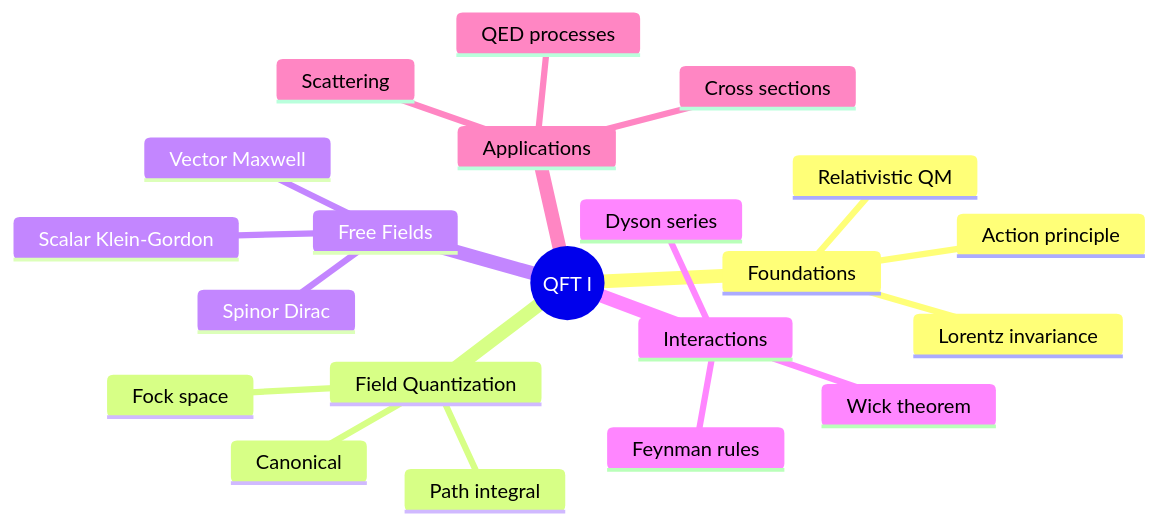
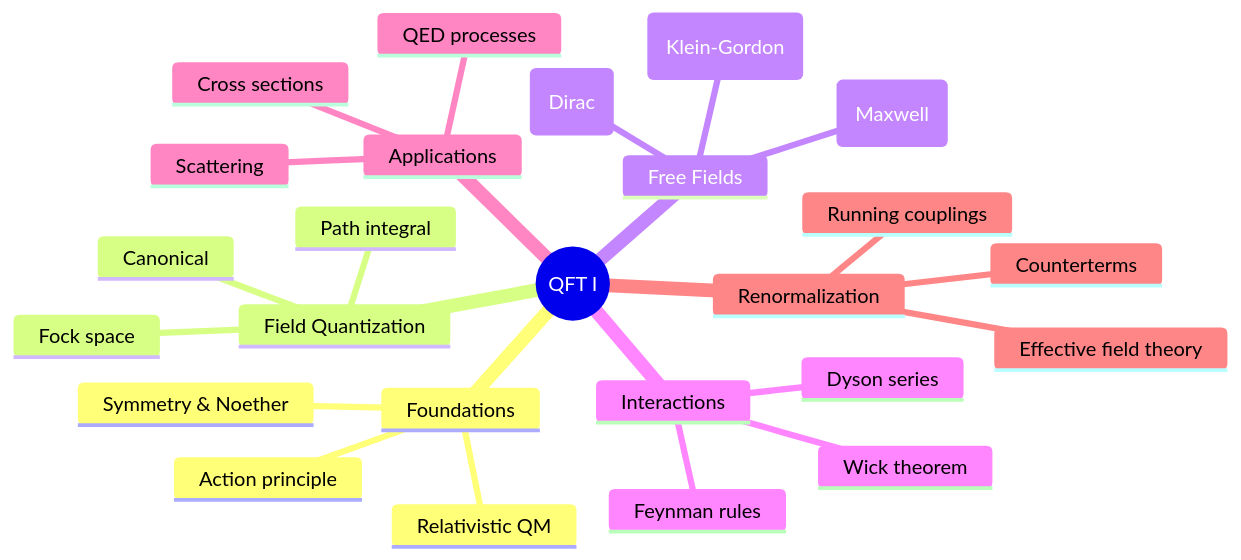
One commit to yip-lgtm/PhysicsSelfStudy changed the first of 5 diagrams in 03_MSc_Physics/electives/MSPY_6110_Quantum_Field_Theory_I/README.md. Above: the diagram before and after it, drawn with Mermaid. The commit also changed other lines of this file and 17 other files, not shown here.

````diff
--- a/03_MSc_Physics/electives/MSPY_6110_Quantum_Field_Theory_I/README.md
+++ b/03_MSc_Physics/electives/MSPY_6110_Quantum_Field_Theory_I/README.md
@@ -226,24 +385,28 @@
 ```mermaid
 mindmap
   root((QFT I))
     Foundations
-      Lorentz invariance
       Relativistic QM
       Action principle
+      Symmetry & Noether
     Field Quantization
       Canonical
       Path integral
       Fock space
     Free Fields
-      Scalar Klein-Gordon
-      Spinor Dirac
-      Vector Maxwell
+      Scalar (Klein-Gordon)
+      Spinor (Dirac)
+      Vector (Maxwell)
     Interactions
       Dyson series
       Wick theorem
       Feynman rules
     Applications
       QED processes
       Scattering
       Cross sections
+    Renormalization
+      Counterterms
+      Running couplings
+      Effective field theory
 ```
````
